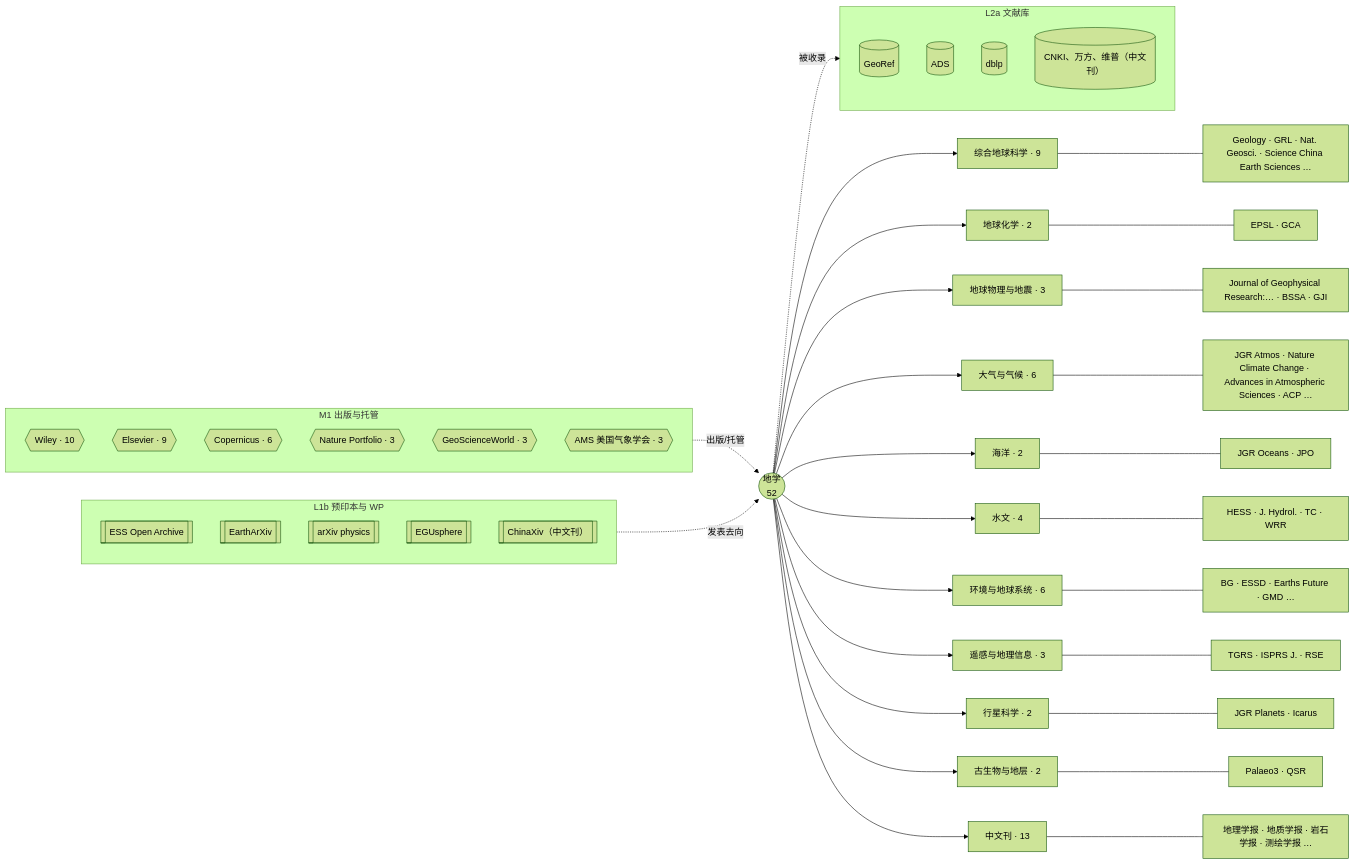
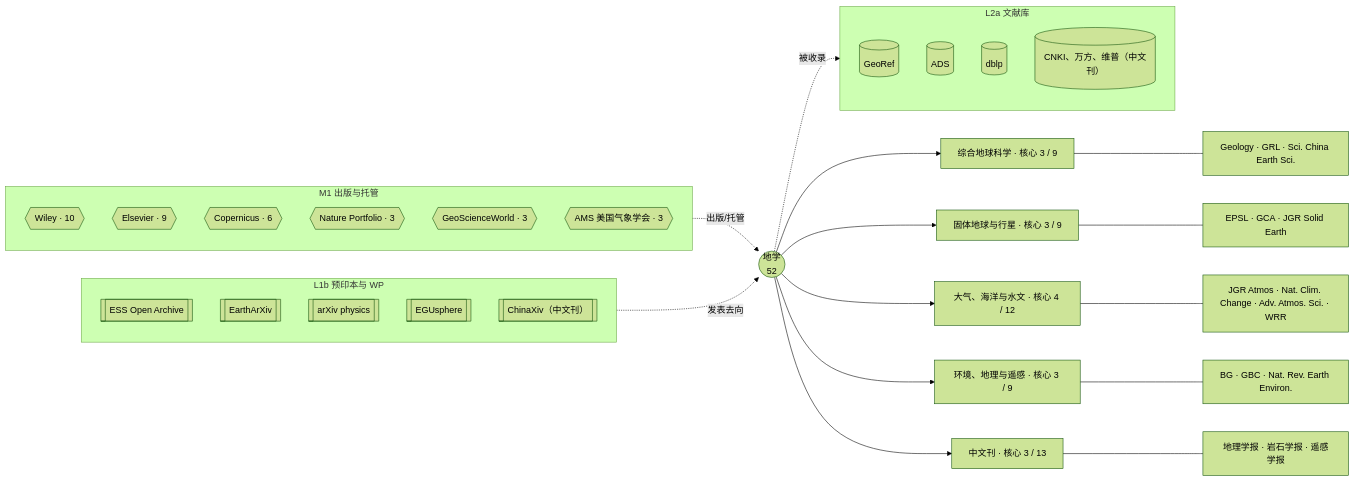
One commit to yhyfhgs/Confluo changed the diagram in docs/catalog/venues/earth-sciences.md. Above: the diagram before and after it, drawn with Mermaid (forest theme). The commit also changed other lines of this file and 19 other files, not shown here.

````diff
--- a/docs/catalog/venues/earth-sciences.md
+++ b/docs/catalog/venues/earth-sciences.md
@@ -14,50 +14,38 @@
 ```mermaid
 flowchart LR
   D(("地学<br/>52"))
-  D --> S0["综合地球科学 · 9"]
-  S0 --- V0["Geology · GRL · Nat. Geosci. · Science China Earth Sciences …"]
-  D --> S1["地球化学 · 2"]
-  S1 --- V1["EPSL · GCA"]
-  D --> S2["地球物理与地震 · 3"]
-  S2 --- V2["Journal of Geophysical Research:… · BSSA · GJI"]
-  D --> S3["大气与气候 · 6"]
-  S3 --- V3["JGR Atmos · Nature Climate Change · Advances in Atmospheric Sciences · ACP …"]
-  D --> S4["海洋 · 2"]
-  S4 --- V4["JGR Oceans · JPO"]
-  D --> S5["水文 · 4"]
-  S5 --- V5["HESS · J. Hydrol. · TC · WRR"]
-  D --> S6["环境与地球系统 · 6"]
-  S6 --- V6["BG · ESSD · Earths Future · GMD …"]
-  D --> S7["遥感与地理信息 · 3"]
-  S7 --- V7["TGRS · ISPRS J. · RSE"]
-  D --> S8["行星科学 · 2"]
-  S8 --- V8["JGR Planets · Icarus"]
-  D --> S9["古生物与地层 · 2"]
-  S9 --- V9["Palaeo3 · QSR"]
-  D --> SCN["中文刊 · 13"]
-  SCN --- VCN["地理学报 · 地质学报 · 岩石学报 · 测绘学报 …"]
+  D --> S0["综合地球科学 · 核心 3 / 9"]
+  S0 --- V0["Geology · GRL · Sci. China Earth Sci."]
+  D --> S1["固体地球与行星 · 核心 3 / 9"]
+  S1 --- V1["EPSL · GCA · JGR Solid Earth"]
+  D --> S2["大气、海洋与水文 · 核心 4 / 12"]
+  S2 --- V2["JGR Atmos · Nat. Clim. Change · Adv. Atmos. Sci. · WRR"]
+  D --> S3["环境、地理与遥感 · 核心 3 / 9"]
+  S3 --- V3["BG · GBC · Nat. Rev. Earth Environ."]
+  D --> SCN["中文刊 · 核心 3 / 13"]
+  SCN --- VCN["地理学报 · 岩石学报 · 遥感学报"]
   subgraph M1["M1 出版与托管"]
     P0{{"Wiley · 10"}}
     P1{{"Elsevier · 9"}}
     P2{{"Copernicus · 6"}}
     P3{{"Nature Portfolio · 3"}}
     P4{{"GeoScienceWorld · 3"}}
     P5{{"AMS 美国气象学会 · 3"}}
   end
   M1 -. 出版/托管 .-> D
   subgraph L2A["L2a 文献库"]
     A0[("GeoRef")]
     A1[("ADS")]
     A2[("dblp")]
     A3[("CNKI、万方、维普（中文刊）")]
   end
   D -. 被收录 .-> L2A
   subgraph L1B["L1b 预印本与 WP"]
     B0[["ESS Open Archive"]]
     B1[["EarthArXiv"]]
     B2[["arXiv physics"]]
     B3[["EGUsphere"]]
     B4[["ChinaXiv（中文刊）"]]
   end
   L1B -. 发表去向 .-> D
 ```
````
